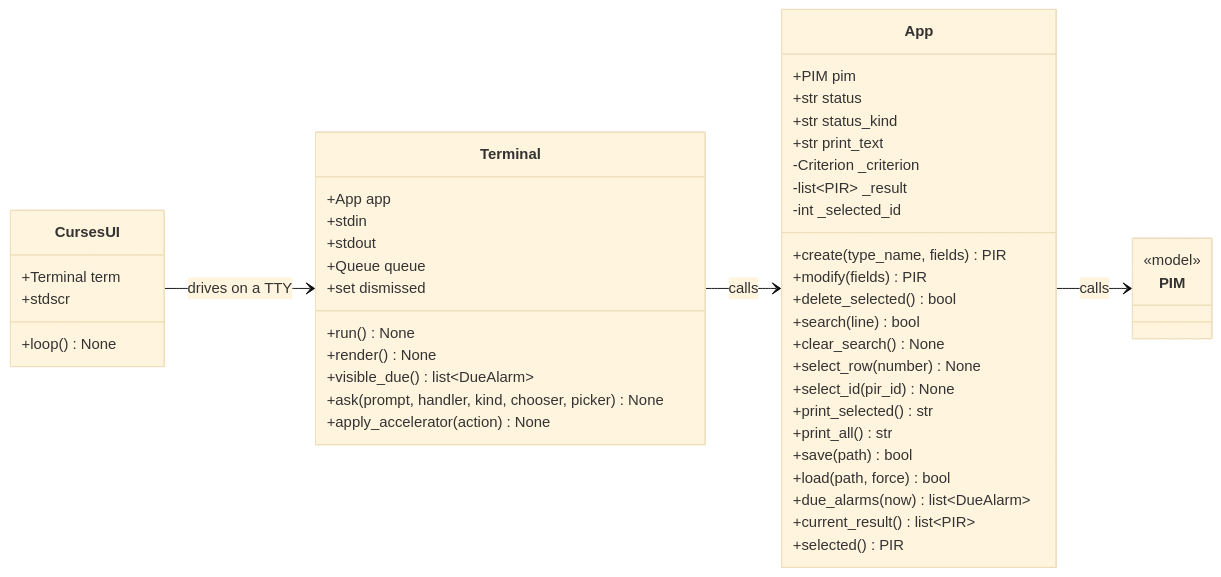
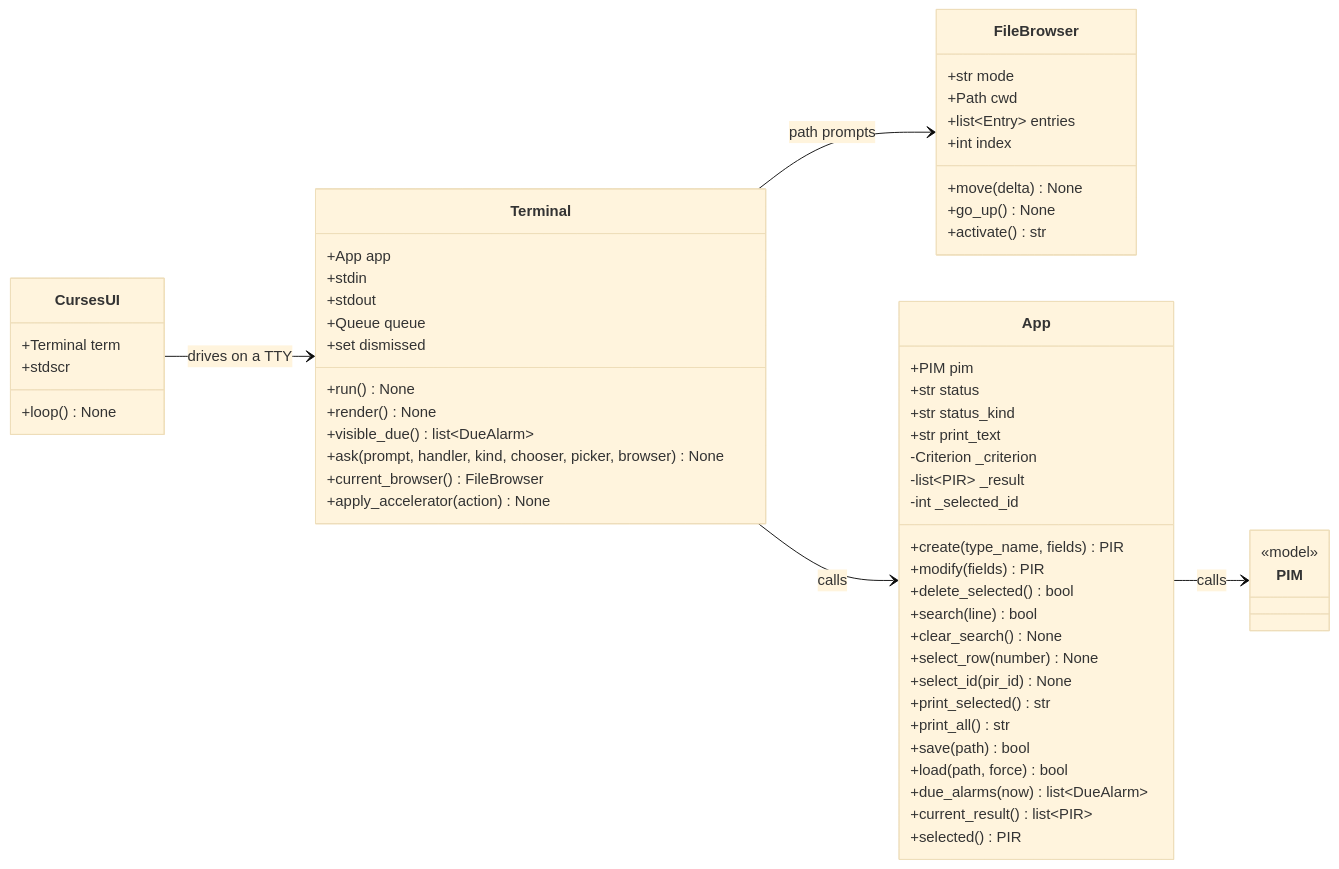
The diagram in docs/deliverables/diagrams/controller-view-classes.mmd (HaochenFa/PIM), drawn with Mermaid (base theme) before and after one commit. The commit also changed 9 other files, not shown here.

```diff
--- a/docs/deliverables/diagrams/controller-view-classes.mmd
+++ b/docs/deliverables/diagrams/controller-view-classes.mmd
@@ -1,48 +1,59 @@
 classDiagram
     direction LR
     class Terminal {
         +App app
         +stdin
         +stdout
         +Queue queue
         +set dismissed
         +run() None
         +render() None
         +visible_due() list~DueAlarm~
-        +ask(prompt, handler, kind, chooser, picker) None
+        +ask(prompt, handler, kind, chooser, picker, browser) None
+        +current_browser() FileBrowser
         +apply_accelerator(action) None
     }
     class CursesUI {
         +Terminal term
         +stdscr
         +loop() None
+    }
+    class FileBrowser {
+        +str mode
+        +Path cwd
+        +list~Entry~ entries
+        +int index
+        +move(delta) None
+        +go_up() None
+        +activate() str
     }
     class App {
         +PIM pim
         +str status
         +str status_kind
         +str print_text
         -Criterion _criterion
         -list~PIR~ _result
         -int _selected_id
         +create(type_name, fields) PIR
         +modify(fields) PIR
         +delete_selected() bool
         +search(line) bool
         +clear_search() None
         +select_row(number) None
         +select_id(pir_id) None
         +print_selected() str
         +print_all() str
         +save(path) bool
         +load(path, force) bool
         +due_alarms(now) list~DueAlarm~
         +current_result() list~PIR~
         +selected() PIR
     }
     class PIM {
         <<model>>
     }
     Terminal --> App : calls
     CursesUI --> Terminal : drives on a TTY
+    Terminal --> FileBrowser : path prompts
     App --> PIM : calls
```
